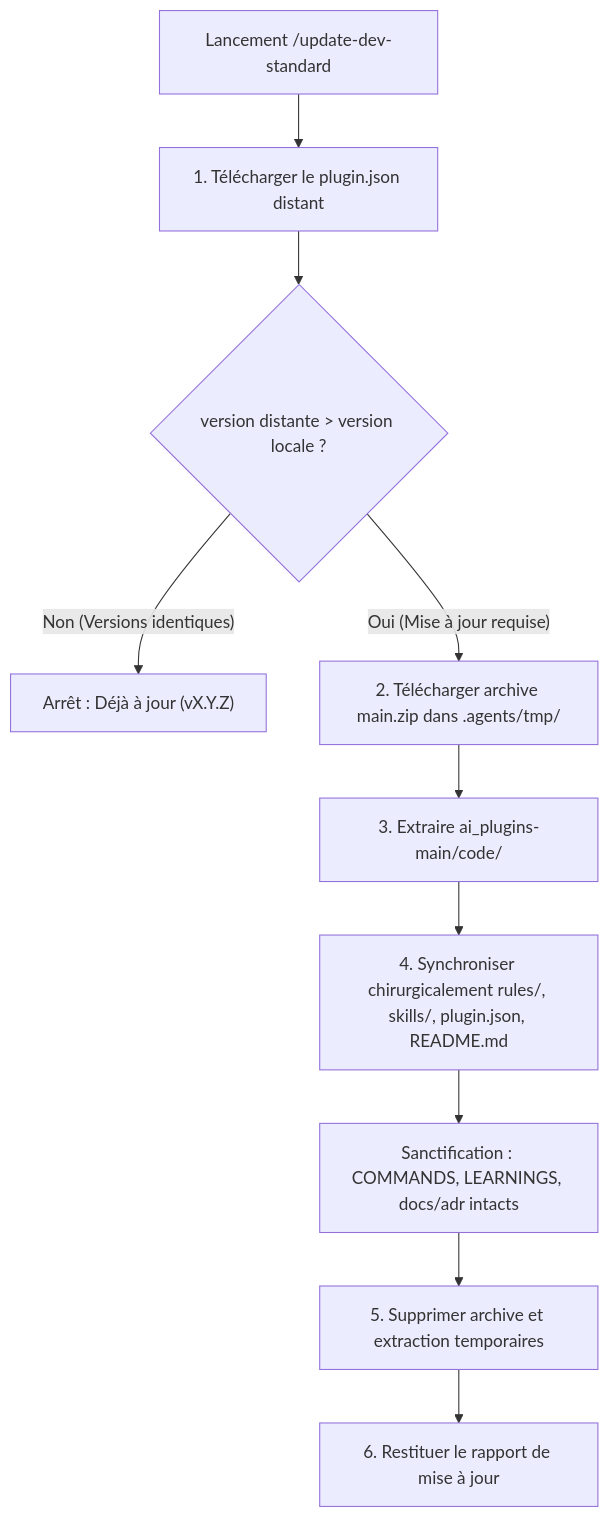
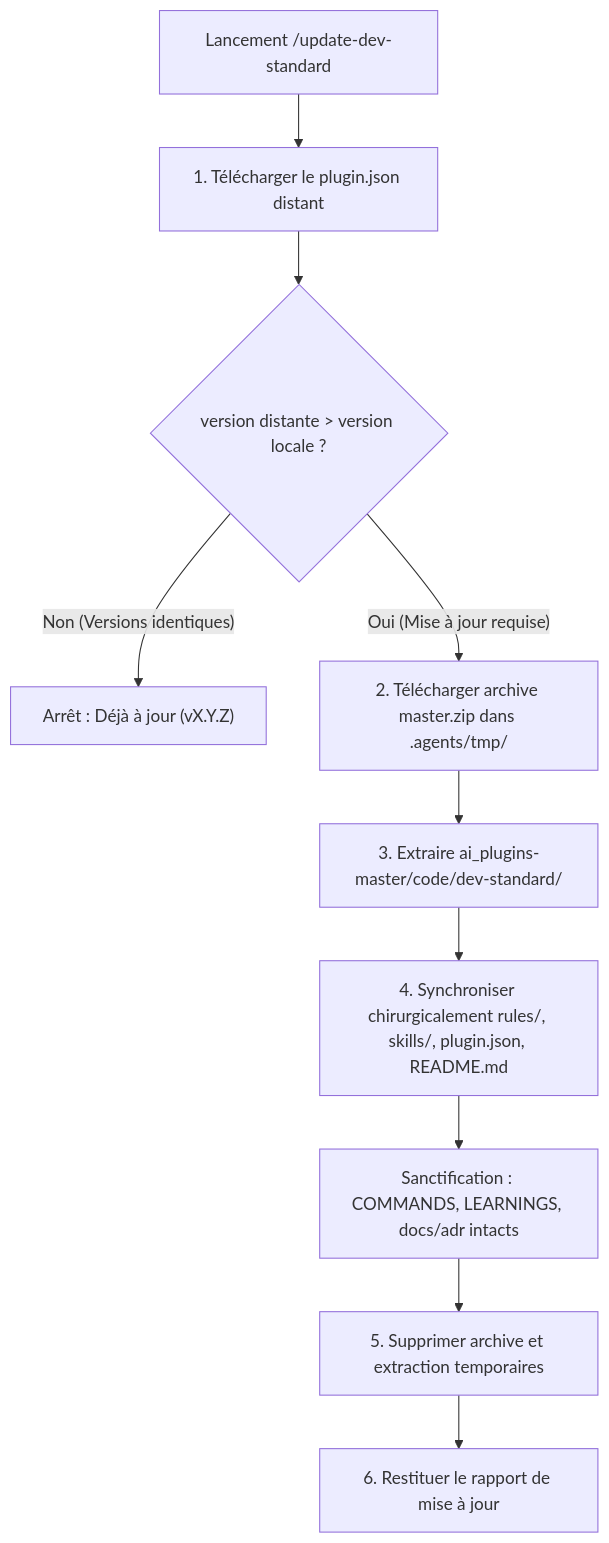
Before and after one commit to Nath-Hane/ai_plugins: the diagram in code/dev-standard/skills/update-dev-standard/SKILL.md, drawn with Mermaid. The commit also changed other lines of this file and 2 other files, not shown here.

First line of the commit message:
Fix update-dev-standard branch and path

````diff
--- a/code/dev-standard/skills/update-dev-standard/SKILL.md
+++ b/code/dev-standard/skills/update-dev-standard/SKILL.md
@@ -27,12 +27,12 @@
 ```mermaid
 flowchart TD
     Start["Lancement /update-dev-standard"] --> CheckManifest["1. Télécharger le plugin.json distant"]
     CheckManifest --> Compare{"version distante > version locale ?"}
     Compare -- "Non (Versions identiques)" --> StopUpToDate["Arrêt : Déjà à jour (vX.Y.Z)"]
-    Compare -- "Oui (Mise à jour requise)" --> DownloadZip["2. Télécharger archive main.zip dans .agents/tmp/"]
-    DownloadZip --> ExtractSubfolder["3. Extraire ai_plugins-main/code/"]
+    Compare -- "Oui (Mise à jour requise)" --> DownloadZip["2. Télécharger archive master.zip dans .agents/tmp/"]
+    DownloadZip --> ExtractSubfolder["3. Extraire ai_plugins-master/code/dev-standard/"]
     ExtractSubfolder --> SyncEngine["4. Synchroniser chirurgicalement rules/, skills/, plugin.json, README.md"]
     SyncEngine --> ProtectData["Sanctification : COMMANDS, LEARNINGS, docs/adr intacts"]
     ProtectData --> PurgeTmp["5. Supprimer archive et extraction temporaires"]
     PurgeTmp --> Report["6. Restituer le rapport de mise à jour"]
 ```
````
